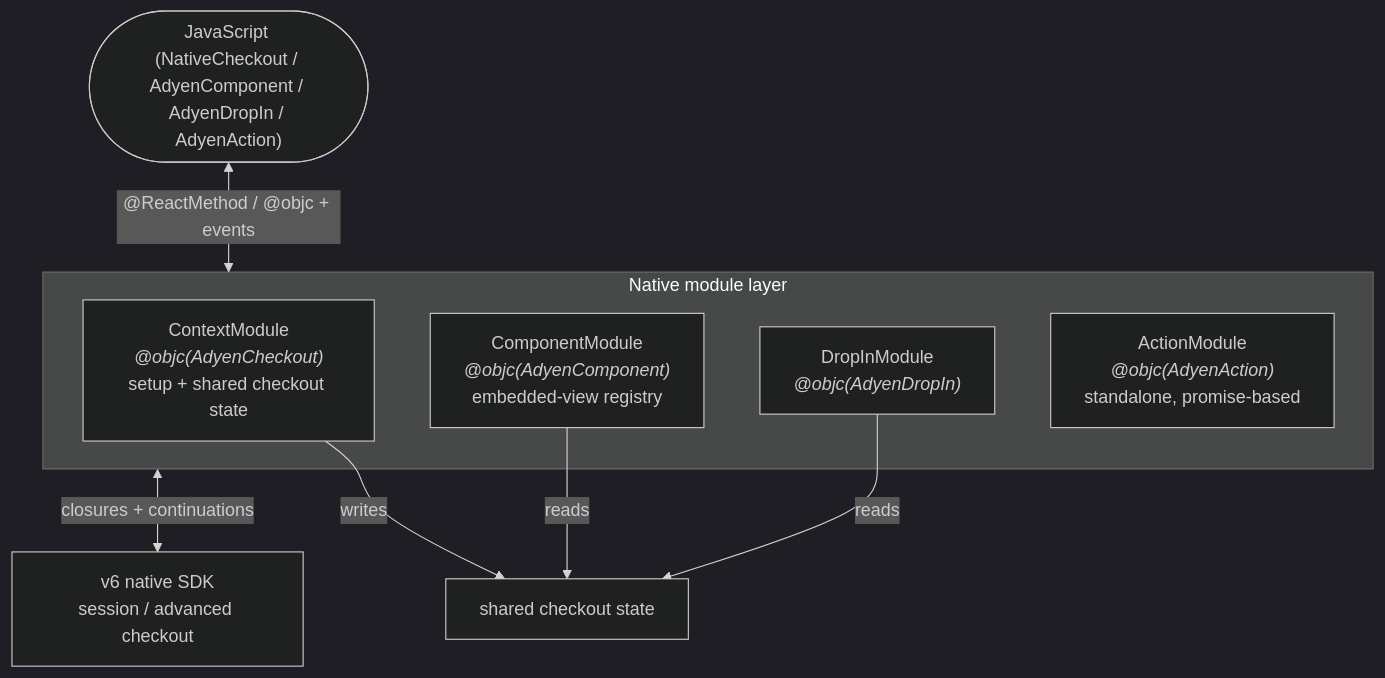
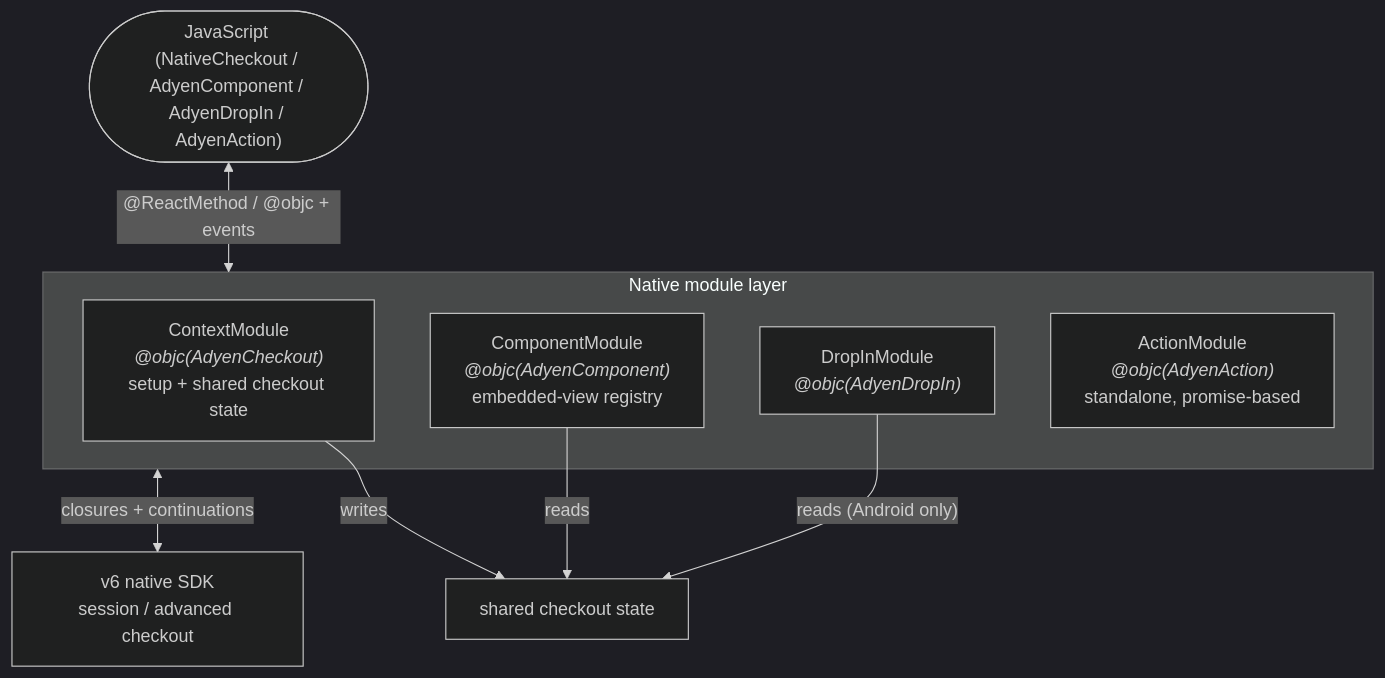
The first of 5 diagrams in docs/native-architecture.md (Adyen/adyen-react-native), drawn with Mermaid (dark theme) before and after one commit. The commit also changed other lines of this file, not shown here.

````diff
--- a/docs/native-architecture.md
+++ b/docs/native-architecture.md
@@ -12,19 +12,19 @@
 ```mermaid
 flowchart TB
   JS(["JavaScript (NativeCheckout / AdyenComponent / AdyenDropIn / AdyenAction)"])
 
   subgraph N["Native module layer"]
     CTX["ContextModule<br/><i>@objc(AdyenCheckout)</i><br/>setup + shared checkout state"]
     CPM["ComponentModule<br/><i>@objc(AdyenComponent)</i><br/>embedded-view registry"]
     DIM["DropInModule<br/><i>@objc(AdyenDropIn)</i>"]
     ACT["ActionModule<br/><i>@objc(AdyenAction)</i><br/>standalone, promise-based"]
   end
 
   SDK["v6 native SDK<br/>session / advanced checkout"]
 
   JS <-->|"@ReactMethod / @objc + events"| N
   CTX -->|writes| STATE["shared checkout state"]
   CPM -->|reads| STATE
-  DIM -->|reads| STATE
+  DIM -->|"reads (Android only)"| STATE
   N <-->|"closures + continuations"| SDK
 ```
````
